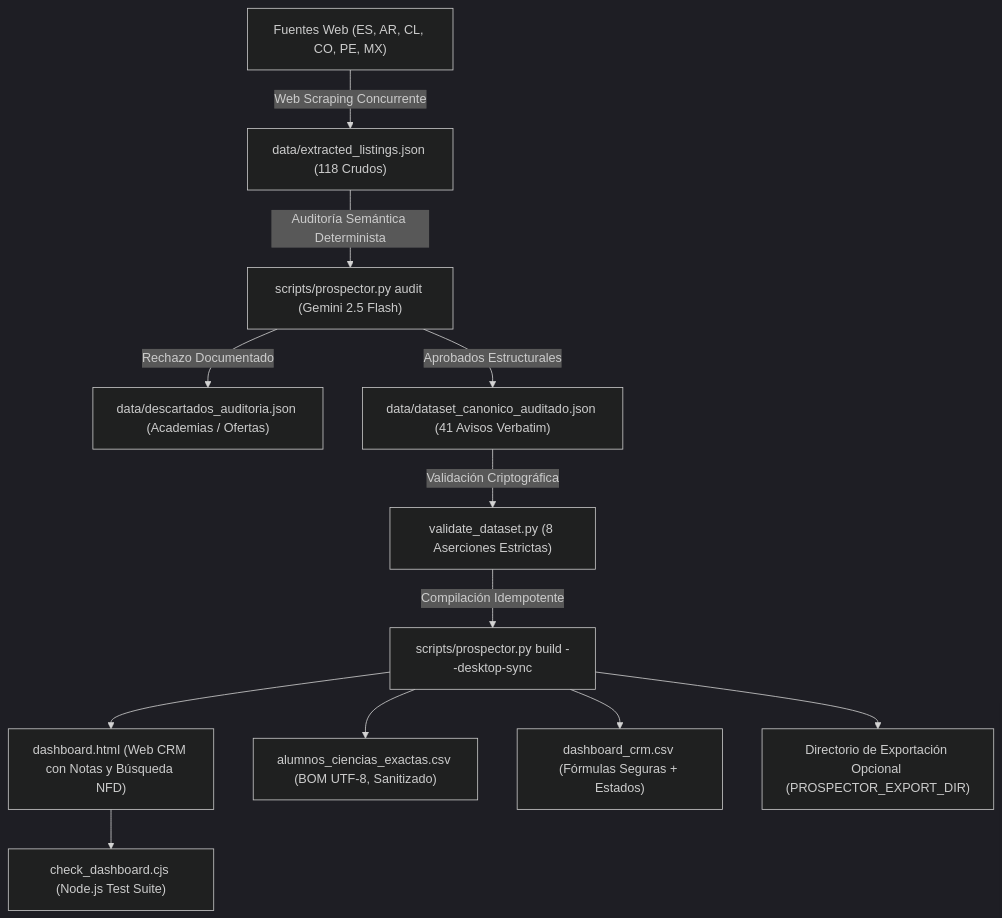
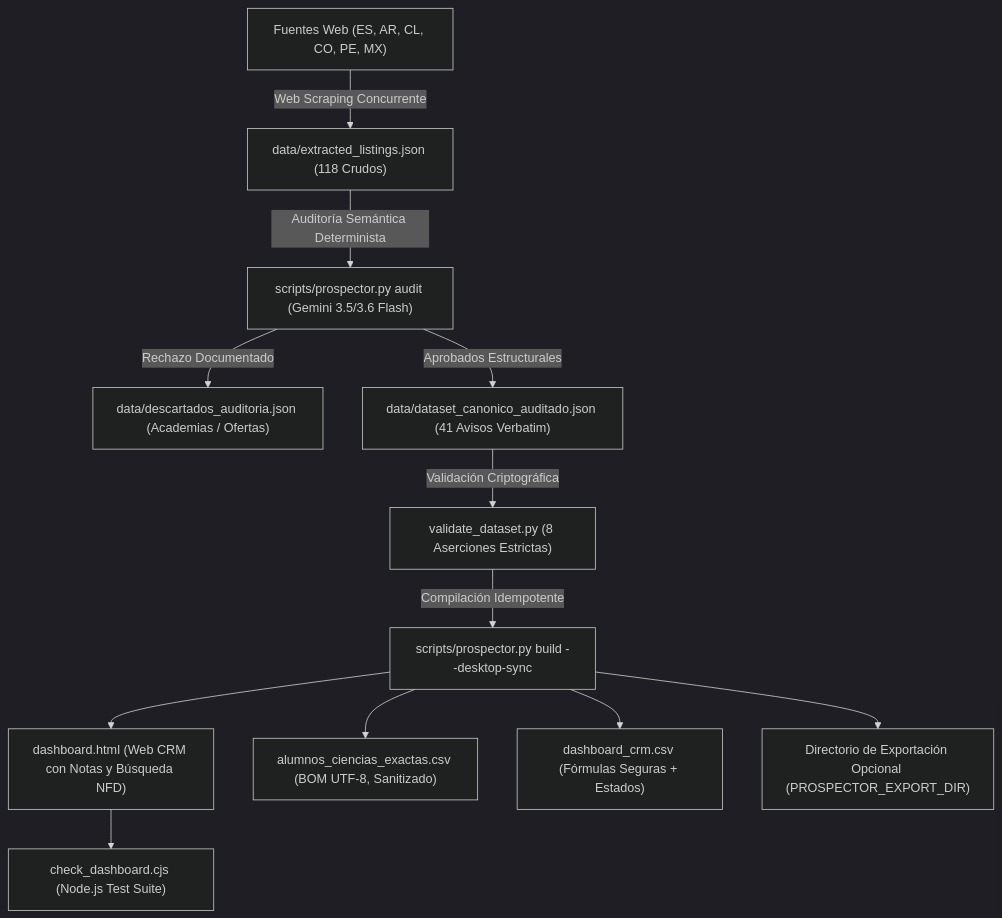
Before and after one commit to metecondrie/prospeccion-alumnos-ciencias: the first of 2 diagrams in docs/DOCUMENTACION_TECNICA.md, drawn with Mermaid (dark theme). The commit also changed other lines of this file and 15 other files, not shown here.

First line of the commit message:
fix(models): update Gemini references from 2.5 to 3.5/3.6 Flash across codebase and docs

````diff
--- a/docs/DOCUMENTACION_TECNICA.md
+++ b/docs/DOCUMENTACION_TECNICA.md
@@ -45,14 +45,14 @@
 ```mermaid
 flowchart TD
     A["Fuentes Web (ES, AR, CL, CO, PE, MX)"] -->|Web Scraping Concurrente| B["data/extracted_listings.json (118 Crudos)"]
-    B -->|Auditoría Semántica Determinista| C["scripts/prospector.py audit (Gemini 2.5 Flash)"]
+    B -->|Auditoría Semántica Determinista| C["scripts/prospector.py audit (Gemini 3.5/3.6 Flash)"]
     C -->|Rechazo Documentado| D["data/descartados_auditoria.json (Academias / Ofertas)"]
     C -->|Aprobados Estructurales| E["data/dataset_canonico_auditado.json (41 Avisos Verbatim)"]
     E -->|Validación Criptográfica| F["validate_dataset.py (8 Aserciones Estrictas)"]
     F -->|Compilación Idempotente| G["scripts/prospector.py build --desktop-sync"]
     G --> H["dashboard.html (Web CRM con Notas y Búsqueda NFD)"]
     G --> I["alumnos_ciencias_exactas.csv (BOM UTF-8, Sanitizado)"]
     G --> J["dashboard_crm.csv (Fórmulas Seguras + Estados)"]
     G --> K["Directorio de Exportación Opcional (PROSPECTOR_EXPORT_DIR)"]
     H --> L["check_dashboard.cjs (Node.js Test Suite)"]
 ```
````
